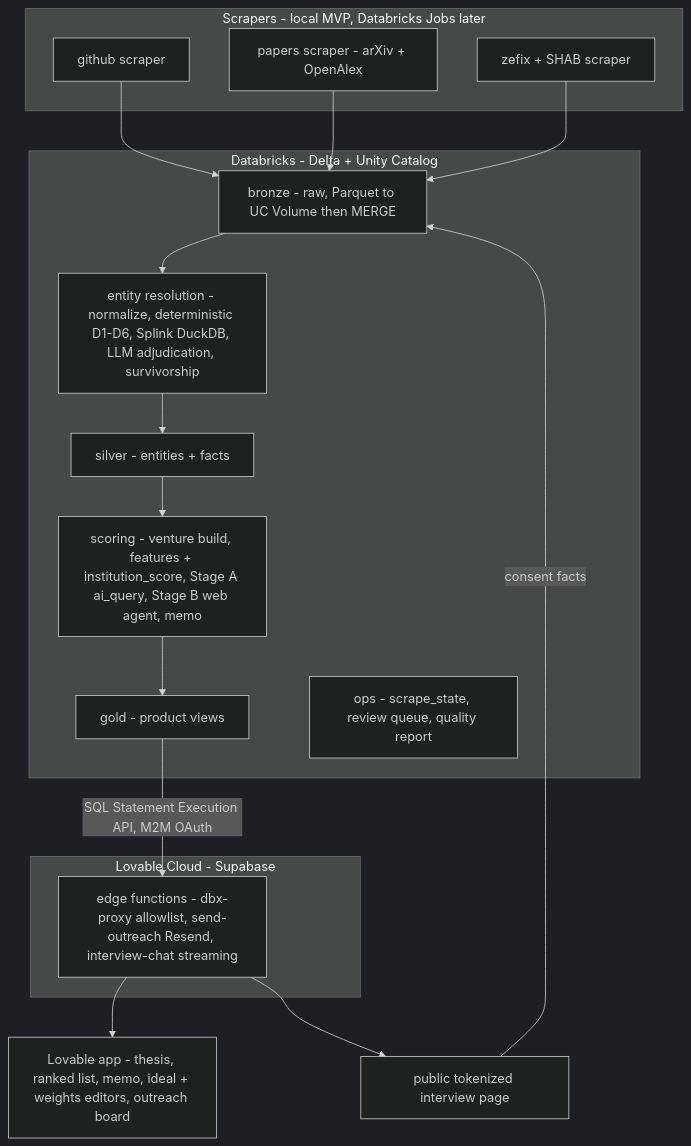
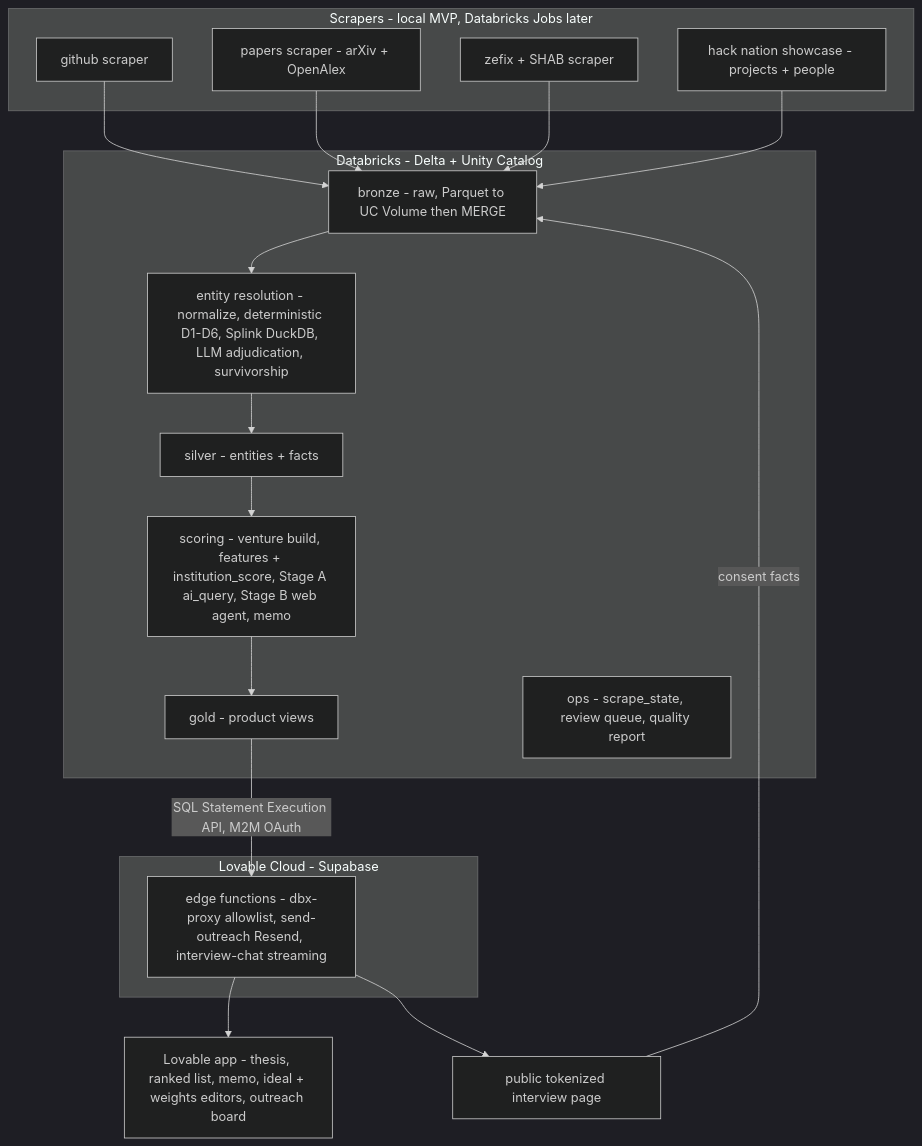
The diagram in docs/plan/README.md (NikitaSuprun/hacknation-hackathon), drawn with Mermaid (dark theme) before and after one commit. The commit also changed other lines of this file and 11 other files, not shown here.

First line of the commit message:
Add Hack Nation source (WS-G) and handover doc to plan

````diff
--- a/docs/plan/README.md
+++ b/docs/plan/README.md
@@ -22,25 +22,27 @@
 ```mermaid
 flowchart TB
   subgraph SRC[Scrapers - local MVP, Databricks Jobs later]
     GH[github scraper]
     PA[papers scraper - arXiv + OpenAlex]
     ZF[zefix + SHAB scraper]
+    HN[hack nation showcase - projects + people]
   end
   GH --> BR
   PA --> BR
   ZF --> BR
+  HN --> BR
   subgraph DBX[Databricks - Delta + Unity Catalog]
     BR[bronze - raw, Parquet to UC Volume then MERGE] --> ER[entity resolution - normalize, deterministic D1-D6, Splink DuckDB, LLM adjudication, survivorship]
     ER --> SI[silver - entities + facts]
     SI --> SC[scoring - venture build, features + institution_score, Stage A ai_query, Stage B web agent, memo]
     SC --> GO[gold - product views]
     OPS[ops - scrape_state, review queue, quality report]
   end
   GO -->|SQL Statement Execution API, M2M OAuth| EF
   subgraph LC[Lovable Cloud - Supabase]
     EF[edge functions - dbx-proxy allowlist, send-outreach Resend, interview-chat streaming]
   end
   EF --> UI[Lovable app - thesis, ranked list, memo, ideal + weights editors, outreach board]
   EF --> IV[public tokenized interview page]
   IV -->|consent facts| BR
 ```
````
